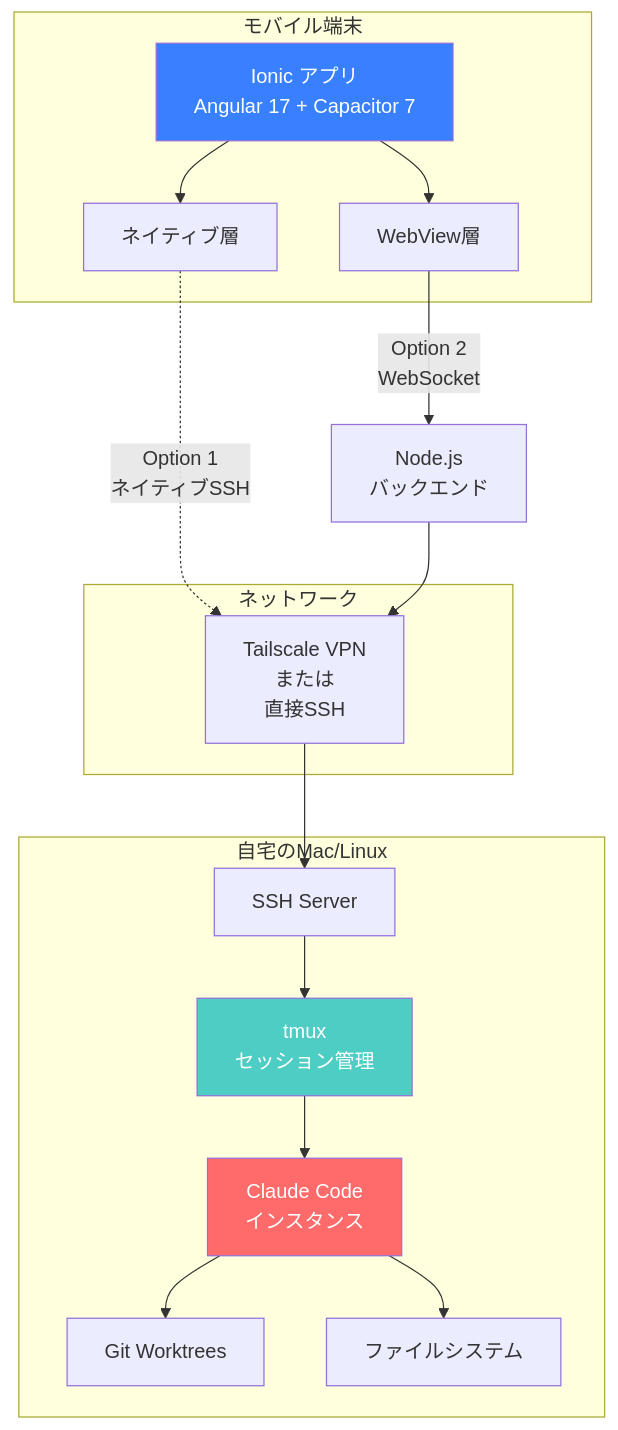
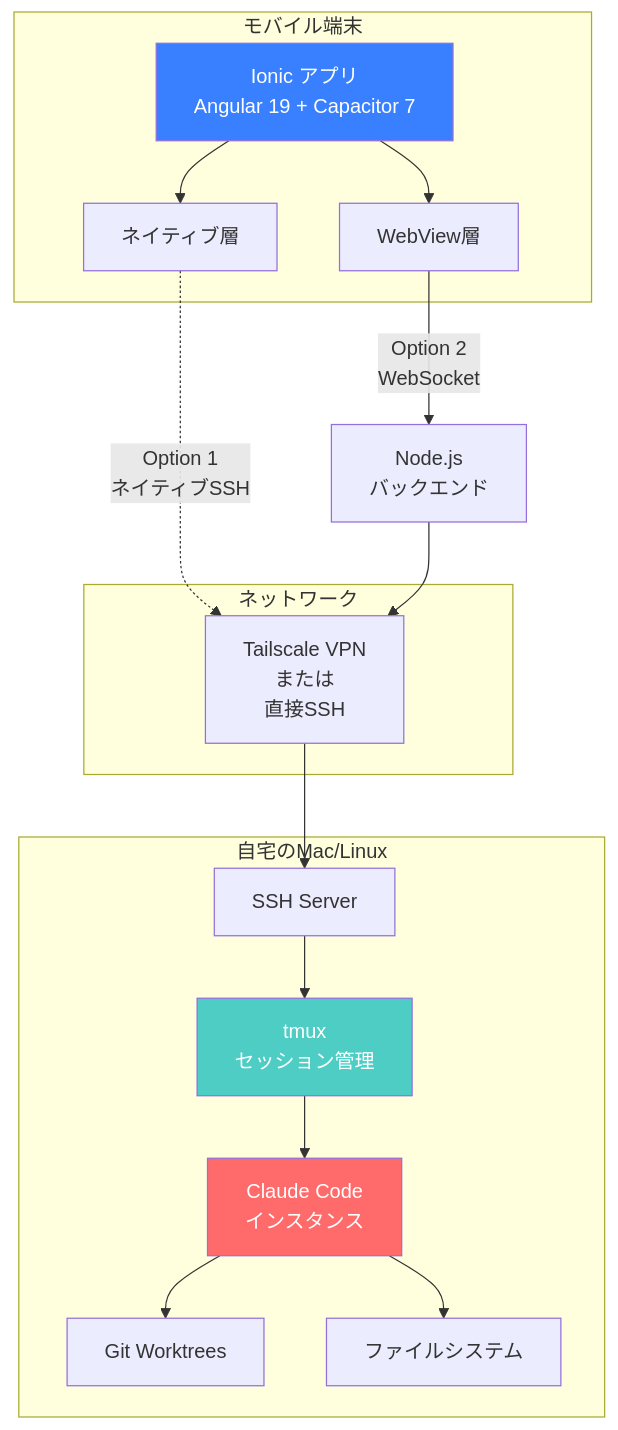
One commit to mzkmnk/claude-pal changed the first of 10 diagrams in .claude/research/08_architecture_diagrams.md. Above: the diagram before and after it, drawn with Mermaid. The commit also changed 4 other files, not shown here.

````diff
--- a/.claude/research/08_architecture_diagrams.md
+++ b/.claude/research/08_architecture_diagrams.md
@@ -5,36 +5,36 @@
 ```mermaid
 graph TB
     subgraph "モバイル端末"
-        A[Ionic アプリ<br/>Angular 17 + Capacitor 7]
+        A[Ionic アプリ<br/>Angular 19 + Capacitor 7]
         A1[WebView層]
         A2[ネイティブ層]
         A --> A1
         A --> A2
     end
     
     subgraph "ネットワーク"
         B[Tailscale VPN<br/>または<br/>直接SSH]
     end
     
     subgraph "自宅のMac/Linux"
         C[SSH Server]
         D[Claude Code<br/>インスタンス]
         E[tmux<br/>セッション管理]
         F[Git Worktrees]
         G[ファイルシステム]
         
         C --> E
         E --> D
         D --> F
         D --> G
     end
     
     A2 -.->|Option 1<br/>ネイティブSSH| B
     A1 -->|Option 2<br/>WebSocket| H[Node.js<br/>バックエンド]
     H --> B
     B --> C
     
     style A fill:#3880ff,color:#fff
     style D fill:#ff6b6b,color:#fff
     style E fill:#4ecdc4,color:#fff
 ```
````
